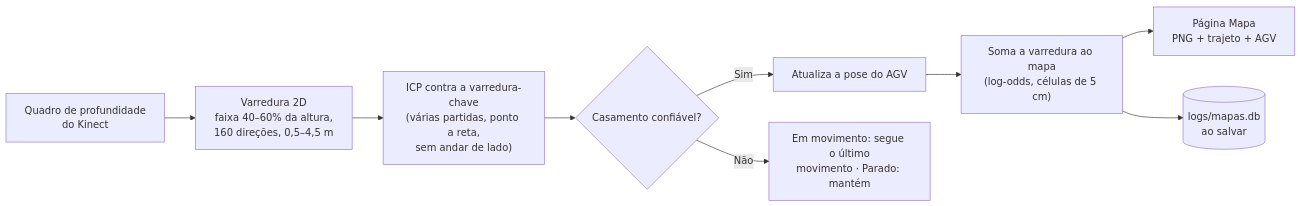
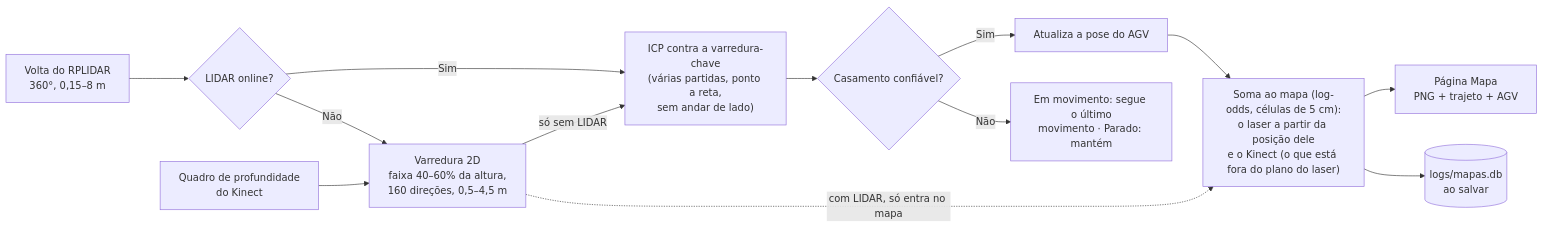
Diagram 17 of 22 in README.md (Kauan-V-Marques/AGV), drawn with Mermaid before and after one commit. The commit also changed other lines of this file and 1 other file, not shown here.

First line of the commit message:
docs: README e CHANGELOG do RPLIDAR, da webcam e do ambiente no notebook do AGV

````diff
--- a/README.md
+++ b/README.md
@@ -1192,11 +1251,15 @@
 ```mermaid
 flowchart LR
+    L["Volta do RPLIDAR<br/>360°, 0,15–8 m"] --> S{"LIDAR online?"}
     A["Quadro de profundidade<br/>do Kinect"] --> B["Varredura 2D<br/>faixa 40–60% da altura,<br/>160 direções, 0,5–4,5 m"]
-    B --> C["ICP contra a varredura-chave<br/>(várias partidas, ponto a reta,<br/>sem andar de lado)"]
+    S -- Sim --> C["ICP contra a varredura-chave<br/>(várias partidas, ponto a reta,<br/>sem andar de lado)"]
+    S -- Não --> B
+    B -- "só sem LIDAR" --> C
     C --> D{"Casamento confiável?"}
     D -- Sim --> E["Atualiza a pose do AGV"]
     D -- Não --> F["Em movimento: segue o último<br/>movimento · Parado: mantém"]
-    E --> G["Soma a varredura ao mapa<br/>(log-odds, células de 5 cm)"]
+    E --> G["Soma ao mapa (log-odds, células de 5 cm):<br/>o laser a partir da posição dele<br/>e o Kinect (o que está fora do plano do laser)"]
+    B -. "com LIDAR, só entra no mapa" .-> G
     G --> H["Página Mapa<br/>PNG + trajeto + AGV"]
     G --> I[("logs/mapas.db<br/>ao salvar")]
 ```
````
